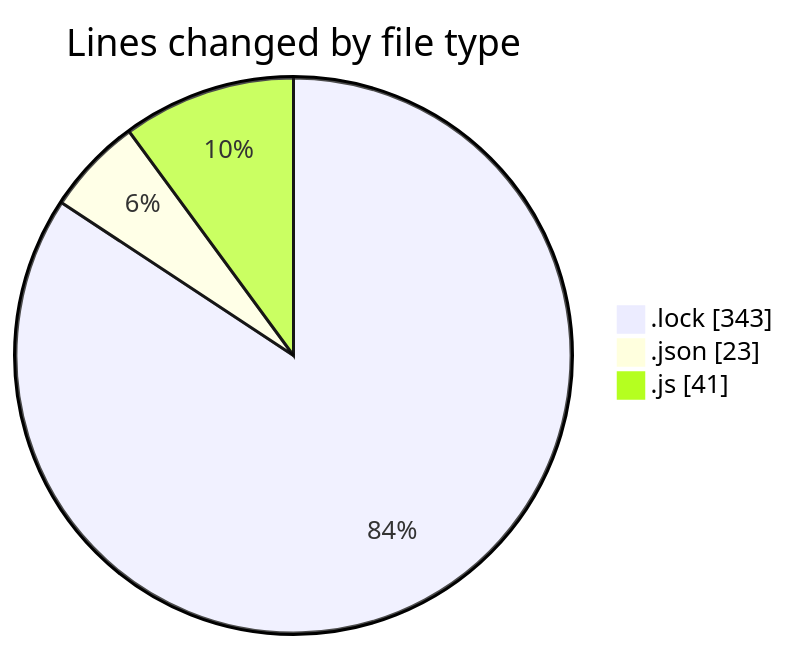
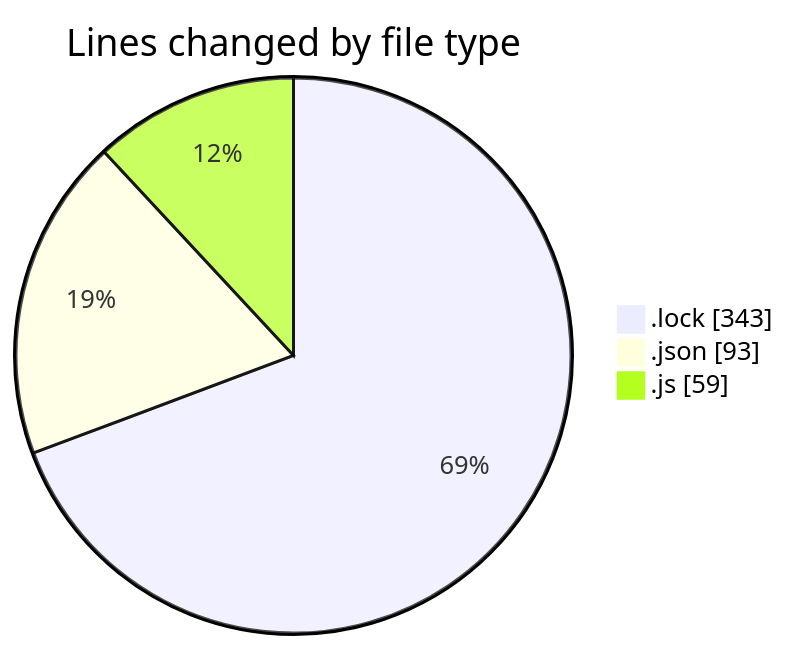
One commit to momahboobian/code-tracking changed the first of 2 diagrams in 2025-01-30/cda/README.md. Above: the diagram before and after it, drawn with Mermaid. The commit also changed other lines of this file and 1 other file, not shown here.

````diff
--- a/2025-01-30/cda/README.md
+++ b/2025-01-30/cda/README.md
@@ -23,7 +25,7 @@
 ```mermaid
 pie showData
 title Lines changed by file type
 ".lock" : 343
-".json" : 23
-".js" : 41
+".json" : 93
+".js" : 59
 ```
````
